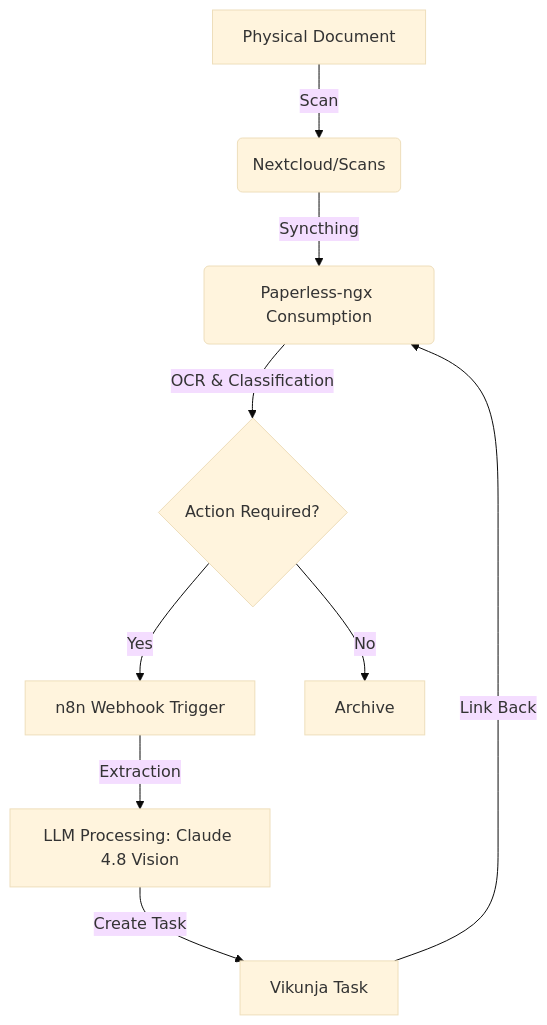
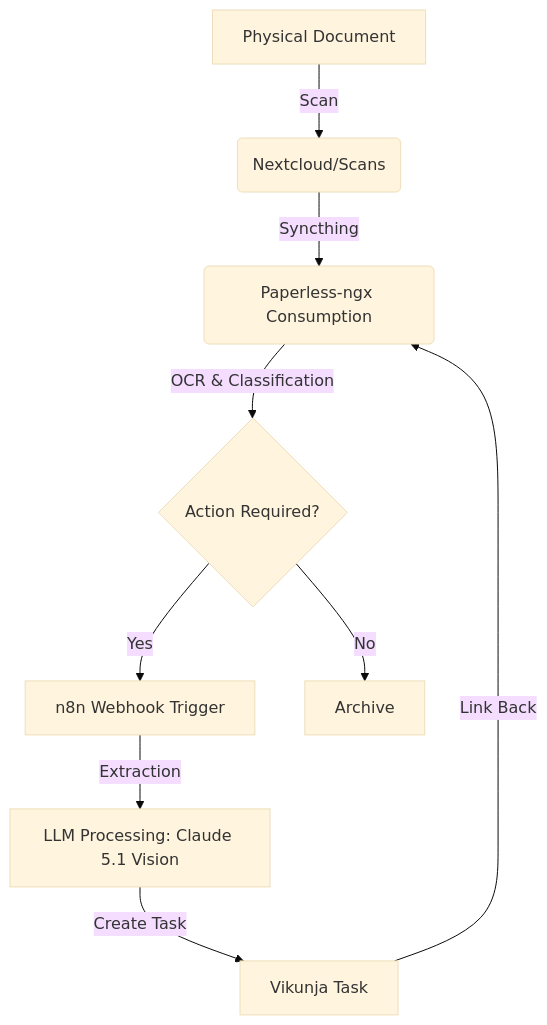
Before and after one commit to joanmarcriera/Home-office-automations: the diagram in docs/playbooks/scan-to-task.md, drawn with Mermaid (base theme). The commit also changed other lines of this file and 5 other files, not shown here.

````diff
--- a/docs/playbooks/scan-to-task.md
+++ b/docs/playbooks/scan-to-task.md
@@ -48,11 +48,11 @@
 ```mermaid
 flowchart TD
     A[Physical Document] -->|Scan| B(Nextcloud/Scans)
     B -->|Syncthing| C(Paperless-ngx Consumption)
     C -->|OCR & Classification| D{Action Required?}
     D -- Yes --> E[n8n Webhook Trigger]
     D -- No --> F[Archive]
-    E -->|Extraction| G[LLM Processing: Claude 4.8 Vision]
+    E -->|Extraction| G[LLM Processing: Claude 5.1 Vision]
     G -->|Create Task| H[Vikunja Task]
     H -->|Link Back| C
 ```
````
